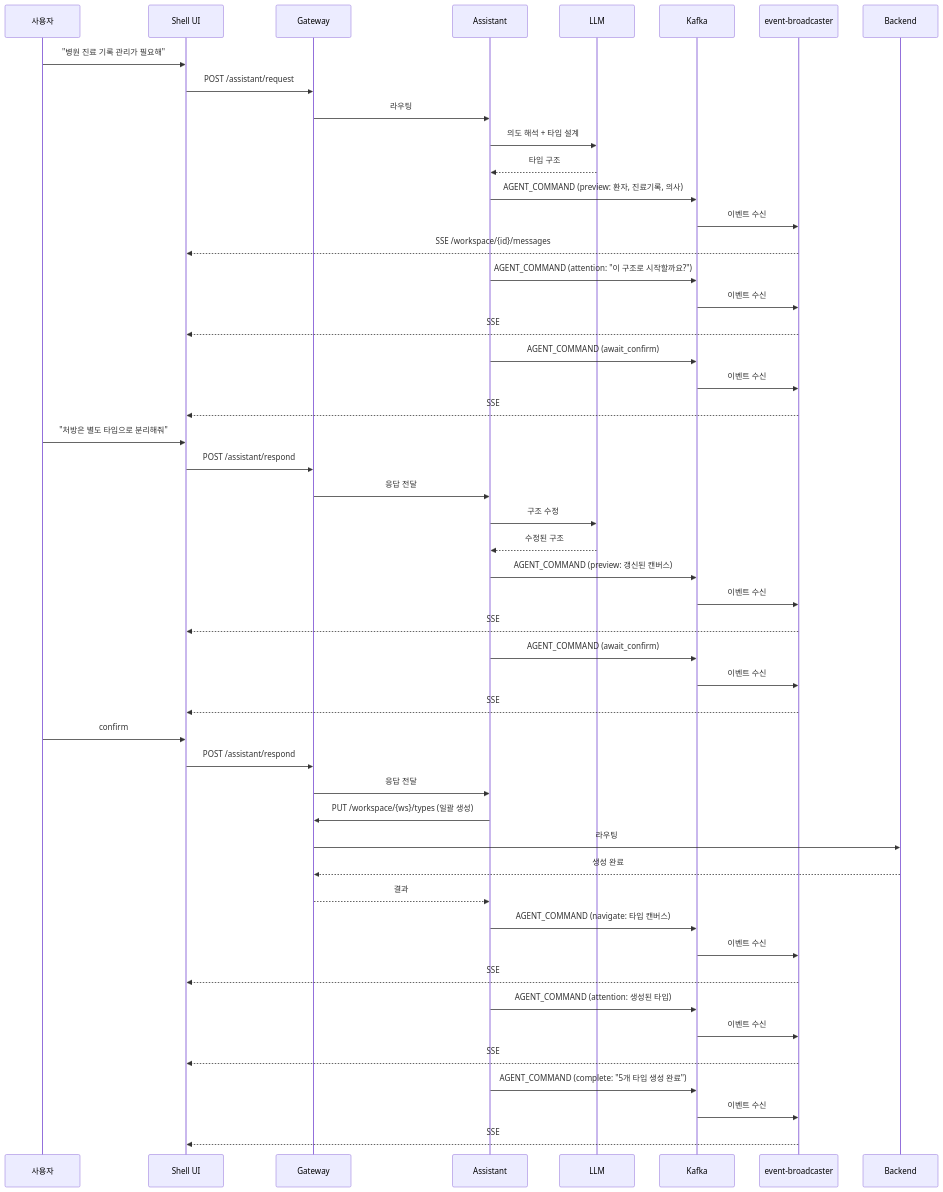
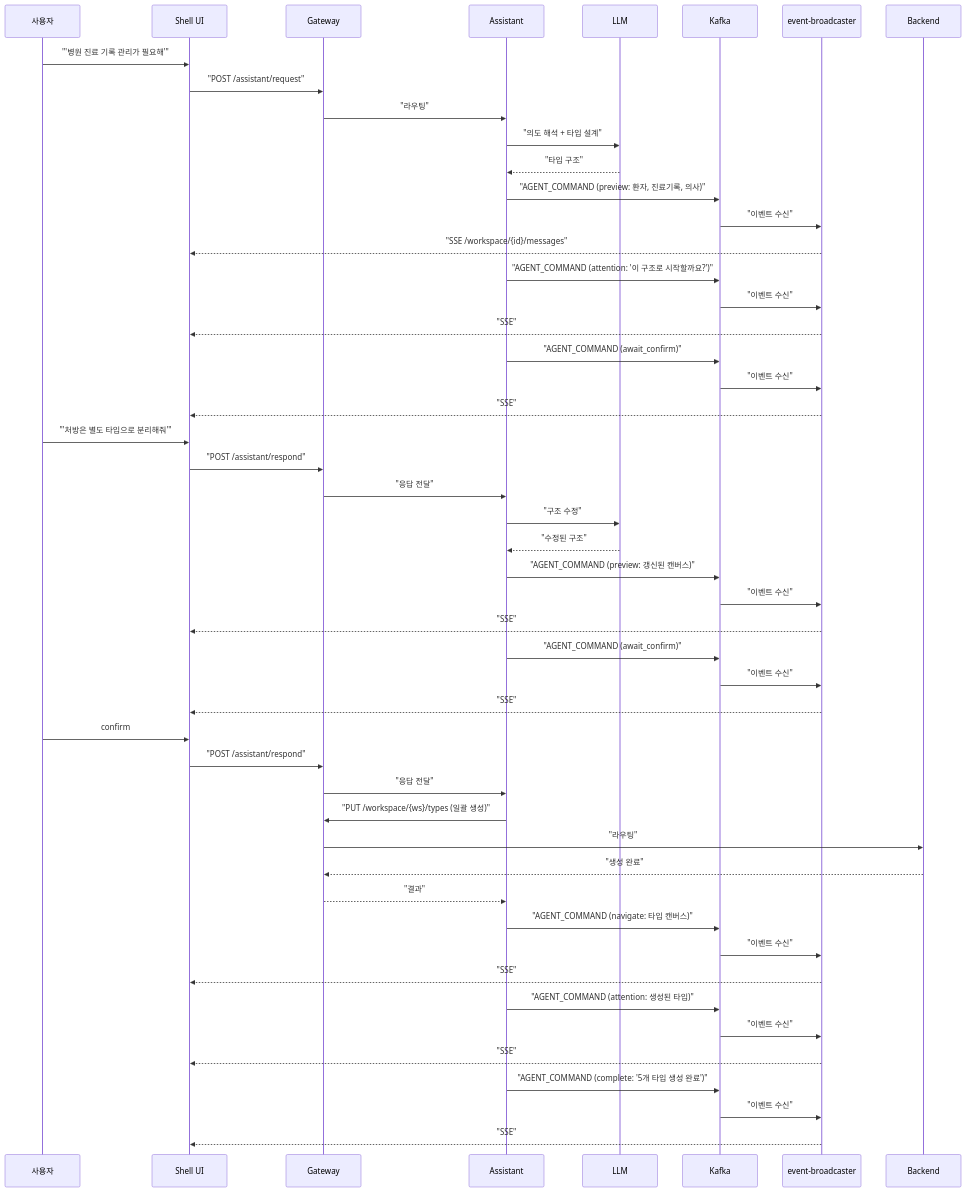
Before and after one commit to sayaya1090/handbook: diagram 17 of 25 in docs/usecases.md, drawn with Mermaid. The commit also changed other lines of this file and 22 other files, not shown here.

First line of the commit message:
docs: Mermaid 다이어그램 렌더링 오류 수정을 위한 구문 전수 교정

````diff
--- a/docs/usecases.md
+++ b/docs/usecases.md
@@ -1334,53 +1334,53 @@
 ```mermaid
 sequenceDiagram
     participant U as 사용자
     participant F as Shell UI
     participant GW as Gateway
     participant A as Assistant
     participant L as LLM
     participant K as Kafka
     participant EB as event-broadcaster
     participant S as Backend
 
-    U->>F: "병원 진료 기록 관리가 필요해"
-    F->>GW: POST /assistant/request
-    GW->>A: 라우팅
-    A->>L: 의도 해석 + 타입 설계
-    L-->>A: 타입 구조
-    A->>K: AGENT_COMMAND (preview: 환자, 진료기록, 의사)
-    K->>EB: 이벤트 수신
-    EB-->>F: SSE /workspace/{id}/messages
-    A->>K: AGENT_COMMAND (attention: "이 구조로 시작할까요?")
-    K->>EB: 이벤트 수신
-    EB-->>F: SSE
-    A->>K: AGENT_COMMAND (await_confirm)
-    K->>EB: 이벤트 수신
-    EB-->>F: SSE
-    U->>F: "처방은 별도 타입으로 분리해줘"
-    F->>GW: POST /assistant/respond
-    GW->>A: 응답 전달
-    A->>L: 구조 수정
-    L-->>A: 수정된 구조
-    A->>K: AGENT_COMMAND (preview: 갱신된 캔버스)
-    K->>EB: 이벤트 수신
-    EB-->>F: SSE
-    A->>K: AGENT_COMMAND (await_confirm)
-    K->>EB: 이벤트 수신
-    EB-->>F: SSE
+    U->>F: "'병원 진료 기록 관리가 필요해'"
+    F->>GW: "POST /assistant/request"
+    GW->>A: "라우팅"
+    A->>L: "의도 해석 + 타입 설계"
+    L-->>A: "타입 구조"
+    A->>K: "AGENT_COMMAND (preview: 환자, 진료기록, 의사)"
+    K->>EB: "이벤트 수신"
+    EB-->>F: "SSE /workspace/{id}/messages"
+    A->>K: "AGENT_COMMAND (attention: '이 구조로 시작할까요?')"
+    K->>EB: "이벤트 수신"
+    EB-->>F: "SSE"
+    A->>K: "AGENT_COMMAND (await_confirm)"
+    K->>EB: "이벤트 수신"
+    EB-->>F: "SSE"
+    U->>F: "'처방은 별도 타입으로 분리해줘'"
+    F->>GW: "POST /assistant/respond"
+    GW->>A: "응답 전달"
+    A->>L: "구조 수정"
+    L-->>A: "수정된 구조"
+    A->>K: "AGENT_COMMAND (preview: 갱신된 캔버스)"
+    K->>EB: "이벤트 수신"
+    EB-->>F: "SSE"
+    A->>K: "AGENT_COMMAND (await_confirm)"
+    K->>EB: "이벤트 수신"
+    EB-->>F: "SSE"
     U->>F: confirm
-    F->>GW: POST /assistant/respond
-    GW->>A: 응답 전달
-    A->>GW: PUT /workspace/{ws}/types (일괄 생성)
-    GW->>S: 라우팅
-    S-->>GW: 생성 완료
-    GW-->>A: 결과
-    A->>K: AGENT_COMMAND (navigate: 타입 캔버스)
-    K->>EB: 이벤트 수신
-    EB-->>F: SSE
-    A->>K: AGENT_COMMAND (attention: 생성된 타입)
-    K->>EB: 이벤트 수신
-    EB-->>F: SSE
-    A->>K: AGENT_COMMAND (complete: "5개 타입 생성 완료")
-    K->>EB: 이벤트 수신
-    EB-->>F: SSE
+    F->>GW: "POST /assistant/respond"
+    GW->>A: "응답 전달"
+    A->>GW: "PUT /workspace/{ws}/types (일괄 생성)"
+    GW->>S: "라우팅"
+    S-->>GW: "생성 완료"
+    GW-->>A: "결과"
+    A->>K: "AGENT_COMMAND (navigate: 타입 캔버스)"
+    K->>EB: "이벤트 수신"
+    EB-->>F: "SSE"
+    A->>K: "AGENT_COMMAND (attention: 생성된 타입)"
+    K->>EB: "이벤트 수신"
+    EB-->>F: "SSE"
+    A->>K: "AGENT_COMMAND (complete: '5개 타입 생성 완료')"
+    K->>EB: "이벤트 수신"
+    EB-->>F: "SSE"
 ```
````
